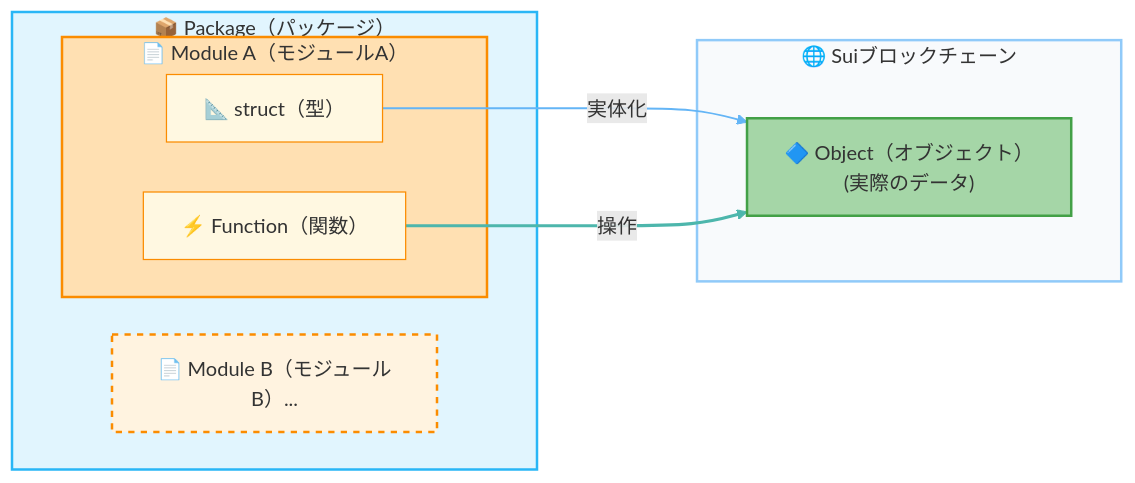
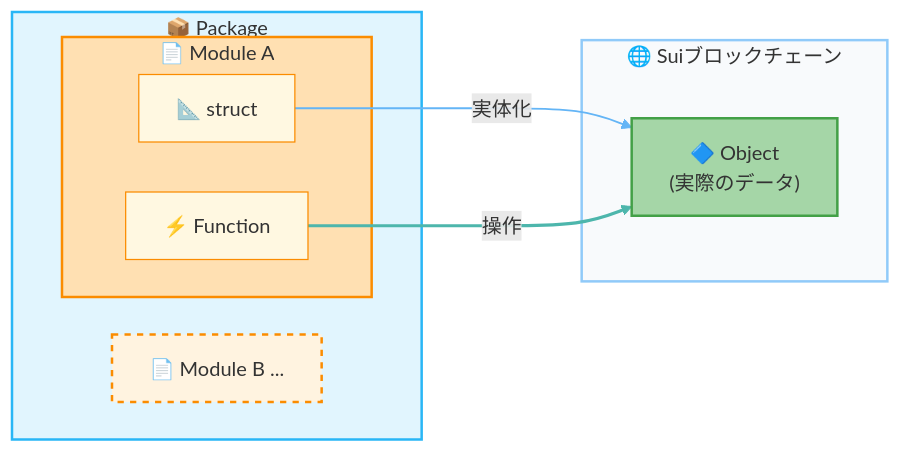
One commit to suidevgru/suidevgru.github.io changed the diagram in i18n/ja/docusaurus-plugin-content-docs/current/learn/beginner/L13-learn-move-mechanics.mdx. Above: the diagram before and after it, drawn with Mermaid. The commit also changed 1 other file, not shown here.

Commit message:
Simplify Mermaid diagram node labels in L13 (ja, ko)
- `i18n/ja/.../L13-learn-move-mechanics.mdx`
    - Remove language-specific annotations (e.g. "パッケージ", "モジュール") from Mermaid node labels
    - Keep only English terms for Package, Module A/B, struct, Function, Object
- `i18n/ko/.../L13-learn-move-mechanics.mdx`
    - Remove Korean annotations (e.g. "패키지", "모듈 A", "타입", "오브젝트") from Mermaid node labels
    - Keep only English terms for consistency with EN/JA diagrams

````diff
--- a/i18n/ja/docusaurus-plugin-content-docs/current/learn/beginner/L13-learn-move-mechanics.mdx
+++ b/i18n/ja/docusaurus-plugin-content-docs/current/learn/beginner/L13-learn-move-mechanics.mdx
@@ -23,36 +23,36 @@
 ```mermaid
 %%{init: {'theme':'default','flowchart':{'rankSpacing':80,'nodeSpacing':40}}}%%
 flowchart LR
-    %% --- 左側：パッケージ ---
-    subgraph Pkg ["📦 Package（パッケージ）"]
-        subgraph ModA ["📄 Module A（モジュールA）"]
-            TypeA["📐 struct（型）"]
-            FuncA["⚡ Function（関数）"]
+    %% --- 左側：Package ---
+    subgraph Pkg ["📦 Package"]
+        subgraph ModA ["📄 Module A"]
+            TypeA["📐 struct"]
+            FuncA["⚡ Function"]
         end
-        ModB["📄 Module B（モジュールB）..."]
+        ModB["📄 Module B ..."]
     end
 
     %% --- 右側：ブロックチェーン ---
     subgraph Chain ["🌐 Suiブロックチェーン"]
-        Obj["🔷 Object（オブジェクト）<br/>(実際のデータ)"]
+        Obj["🔷 Object<br/>(実際のデータ)"]
     end
 
     %% --- 矢印（型と関数の両方から1つのObjectへ） ---
     TypeA -->|"実体化"| Obj
     FuncA ==>|"操作"| Obj
 
     %% --- リンクスタイリング（0: 実体化, 1: 操作）---
     linkStyle 0 stroke:#64b5f6,stroke-width:1.5px
     linkStyle 1 stroke:#4db6ac,stroke-width:2.5px
 
     %% --- スタイリング ---
     style Pkg fill:#e1f5fe,stroke:#29b6f6,stroke-width:2px
     style ModA fill:#ffe0b2,stroke:#fb8c00,stroke-width:2px,color:#333
     style ModB fill:#fff3e0,stroke:#fb8c00,stroke-width:2px,stroke-dasharray: 5 5,color:#333
 
     style TypeA fill:#fff8e1,stroke:#fb8c00,color:#333
     style FuncA fill:#fff8e1,stroke:#fb8c00,color:#333
 
     style Chain fill:#f8fafc,stroke:#90caf9,stroke-width:2px,color:#333
     style Obj fill:#a5d6a7,stroke:#43a047,stroke-width:2px,color:#333
 ```
````
